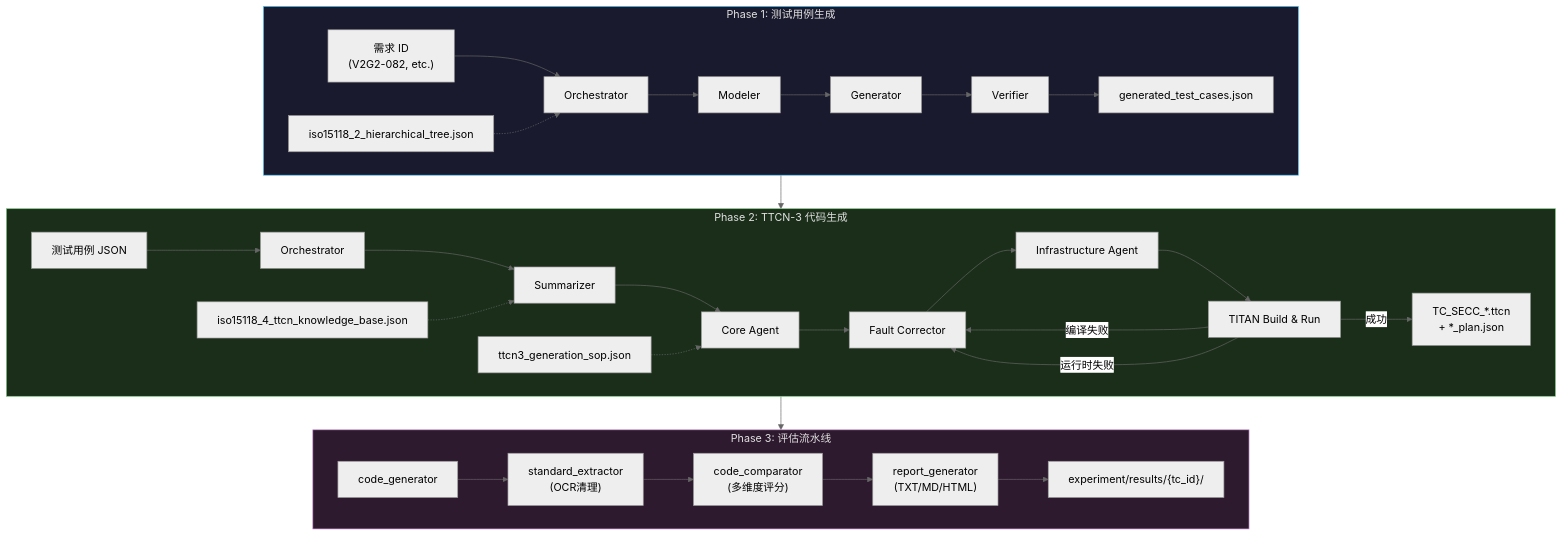
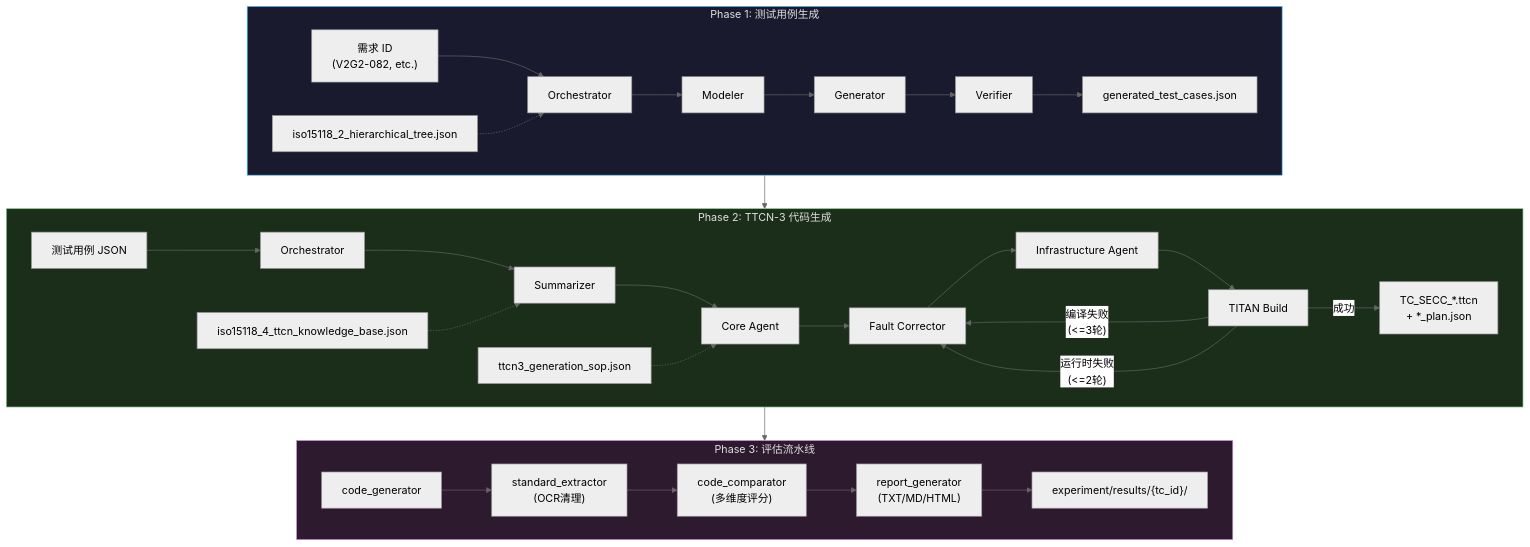
The diagram in README.md (Alex66366/ISO15118-conformance-test), drawn with Mermaid (neutral theme) before and after one commit. The commit also changed other lines of this file, not shown here.

````diff
--- a/README.md
+++ b/README.md
@@ -392,50 +390,50 @@
 ```mermaid
 flowchart TB
     subgraph PH1["Phase 1: 测试用例生成"]
         P1_req["需求 ID\n(V2G2-082, etc.)"]
         P1_proto["iso15118_2_hierarchical_tree.json"]
         P1_orch["Orchestrator"]
         P1_model["Modeler"]
         P1_gen["Generator"]
         P1_veri["Verifier"]
         P1_out["generated_test_cases.json"]
         P1_req --> P1_orch --> P1_model --> P1_gen --> P1_veri --> P1_out
         P1_proto -.-> P1_orch
     end
 
     subgraph PH2["Phase 2: TTCN-3 代码生成"]
         P2_tc["测试用例 JSON"]
         P2_sop["ttcn3_generation_sop.json"]
         P2_kb["iso15118_4_ttcn_knowledge_base.json"]
         P2_orch["Orchestrator"]
         P2_sum["Summarizer"]
         P2_core["Core Agent"]
         P2_fc["Fault Corrector"]
         P2_infra["Infrastructure Agent"]
-        P2_build["TITAN Build & Run"]
+        P2_build["TITAN Build"]
         P2_out["TC_SECC_*.ttcn\n+ *_plan.json"]
         P2_tc --> P2_orch --> P2_sum --> P2_core
         P2_kb -.-> P2_sum
         P2_sop -.-> P2_core
         P2_core --> P2_fc --> P2_infra --> P2_build
-        P2_build -->|"编译失败"| P2_fc
-        P2_build -->|"运行时失败"| P2_fc
+        P2_build -->|"编译失败\n(<=3轮)"| P2_fc
+        P2_build -->|"运行时失败\n(<=2轮)"| P2_fc
         P2_build -->|"成功"| P2_out
     end
 
     subgraph PH3["Phase 3: 评估流水线"]
         P3_gen["code_generator"]
         P3_std["standard_extractor\n(OCR清理)"]
         P3_cmp["code_comparator\n(多维度评分)"]
         P3_rep["report_generator\n(TXT/MD/HTML)"]
         P3_out["experiment/results/{tc_id}/"]
         P3_gen --> P3_std --> P3_cmp --> P3_rep --> P3_out
     end
 
     PH1 --> PH2
     PH2 --> PH3
 
     style PH1 fill:#1a1a2e,stroke:#4fc3f7,color:#e0e0e0
     style PH2 fill:#1a2e1a,stroke:#81c784,color:#e0e0e0
     style PH3 fill:#2e1a2e,stroke:#ce93d8,color:#e0e0e0
 ```
````
